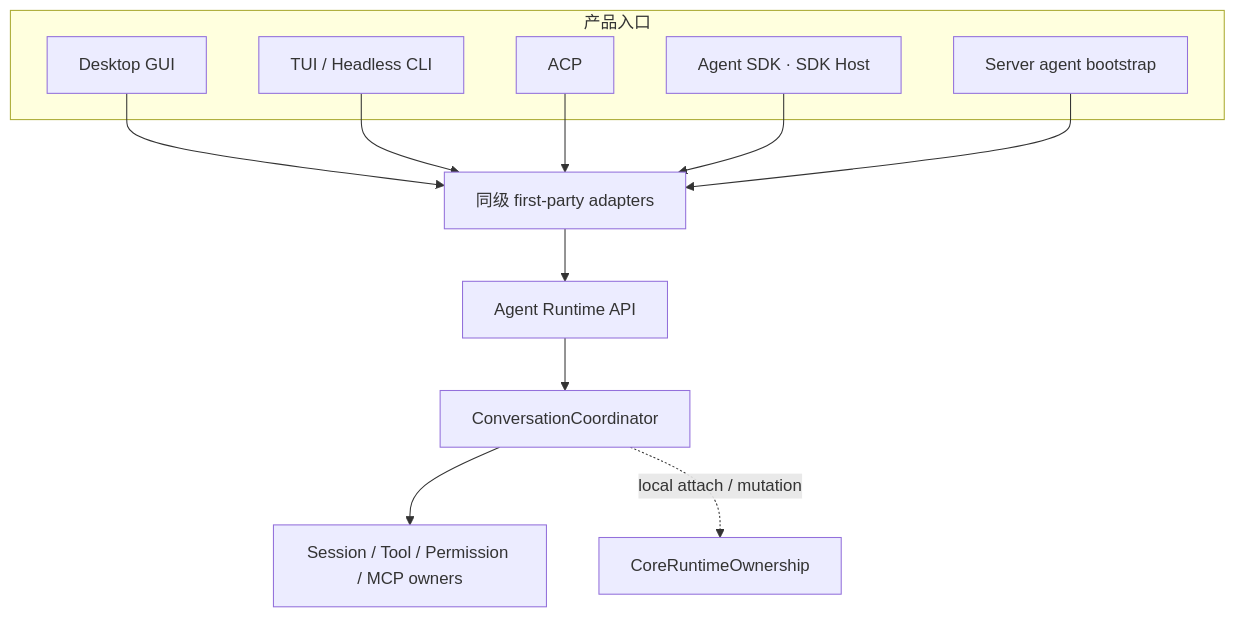
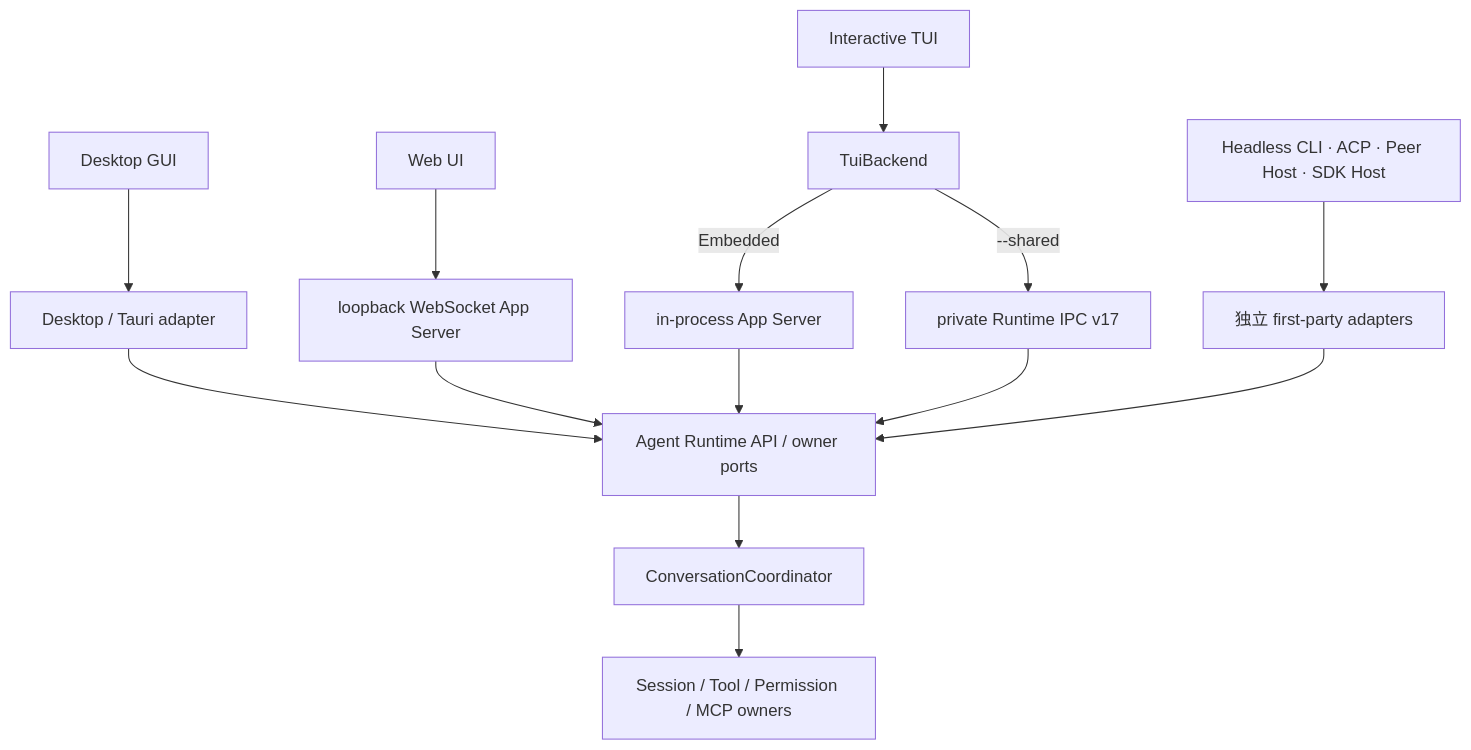
Before and after one commit to 1688mengdie/BitFun: the first of 15 diagrams in docs/architecture/agent-runtime-deployment-design.md, drawn with Mermaid. The commit also changed other lines of this file and 87 other files, not shown here.

Commit message:
feat(cli): add app server to cli

````diff
--- a/docs/architecture/agent-runtime-deployment-design.md
+++ b/docs/architecture/agent-runtime-deployment-design.md
@@ -13,20 +17,16 @@
 ```mermaid
 flowchart TB
-  subgraph "产品入口"
-    GUI["Desktop GUI"]
-    TUI["TUI / Headless CLI"]
-    ACP["ACP"]
-    SDK["Agent SDK · SDK Host"]
-    Server["Server agent bootstrap"]
-  end
-
-  GUI --> Adapter["同级 first-party adapters"]
-  TUI --> Adapter
-  ACP --> Adapter
-  SDK --> Adapter
-  Server --> Adapter
-  Adapter --> API["Agent Runtime API"]
+  Desktop["Desktop GUI"] --> DesktopAdapter["Desktop / Tauri adapter"]
+  Web["Web UI"] --> WebAS["loopback WebSocket App Server"]
+  TUI["Interactive TUI"] --> Backend["TuiBackend"]
+  Backend -->|"Embedded"| EmbeddedAS["in-process App Server"]
+  Backend -->|"--shared"| SharedIPC["private Runtime IPC v17"]
+  Other["Headless CLI · ACP · Peer Host · SDK Host"] --> Adapter["独立 first-party adapters"]
+  DesktopAdapter --> API["Agent Runtime API / owner ports"]
+  WebAS --> API
+  EmbeddedAS --> API
+  SharedIPC --> API
+  Adapter --> API
   API --> Coordinator["ConversationCoordinator"]
   Coordinator --> Owners["Session / Tool / Permission / MCP owners"]
-  Coordinator -. "local attach / mutation" .-> Ownership["CoreRuntimeOwnership"]
 ```
````
